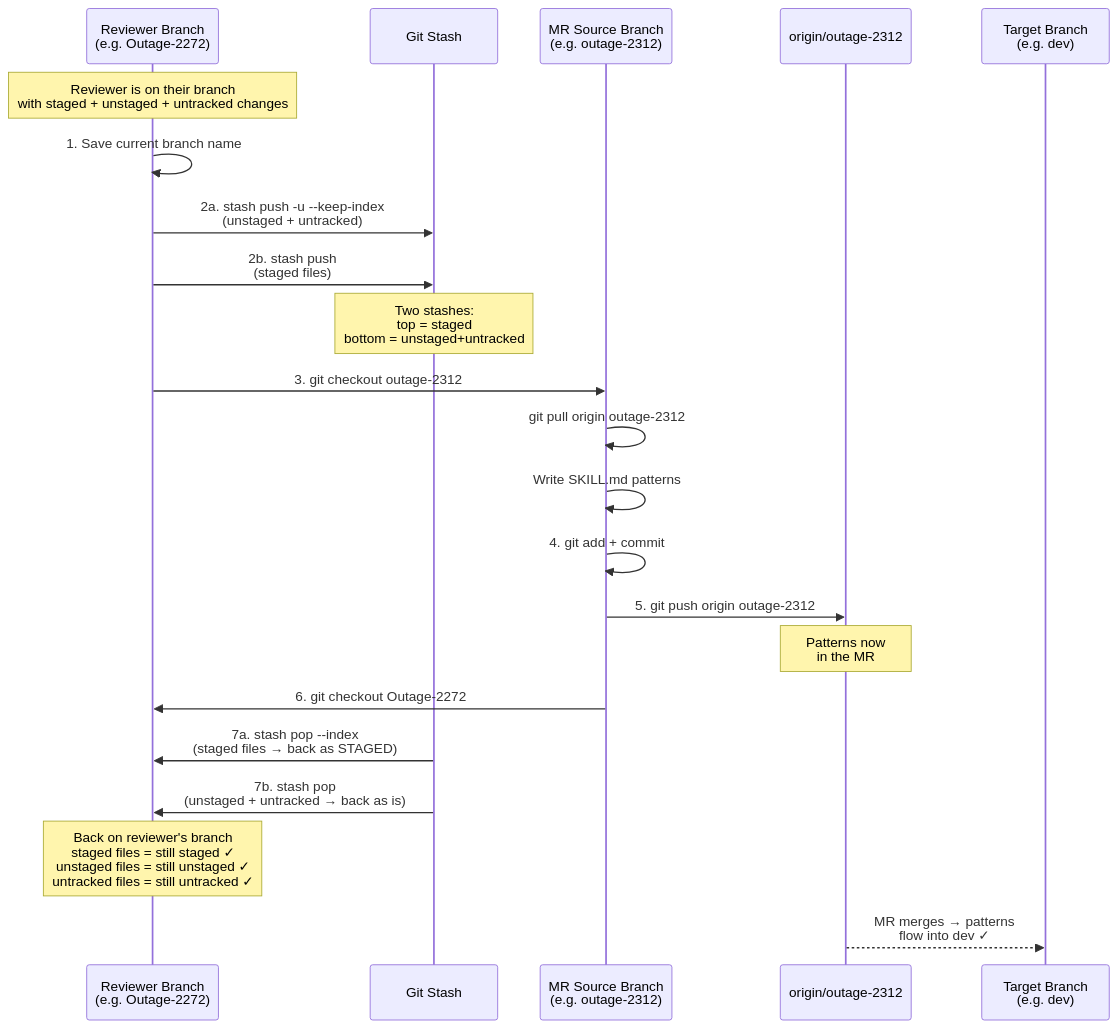
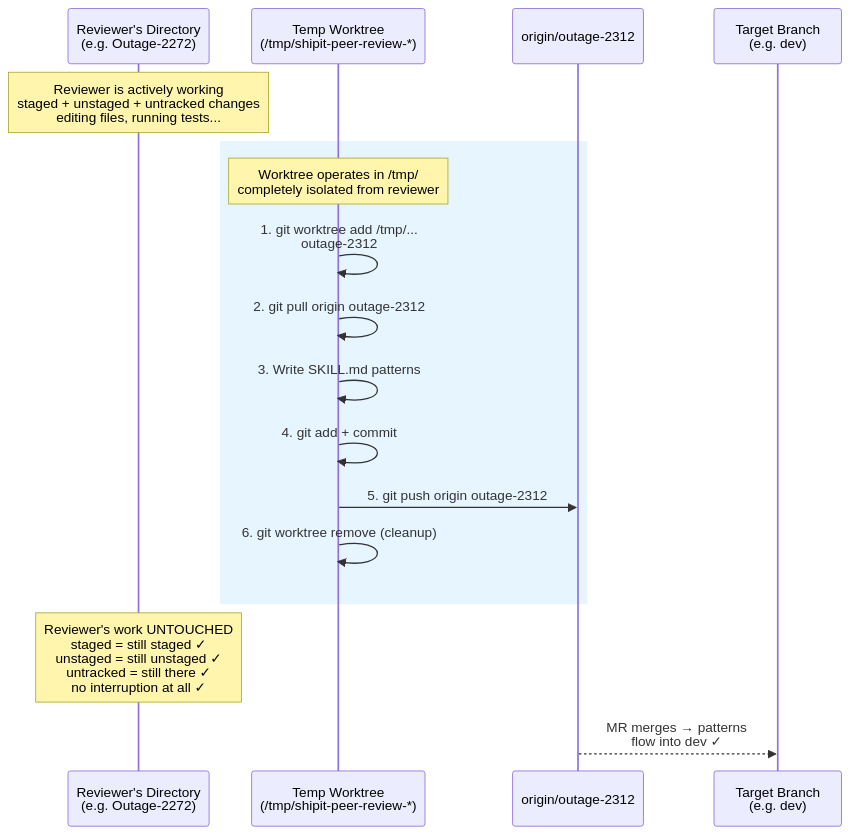
Before and after one commit to praful011/shipit: the fourth of 5 diagrams in docs/peer-review-flowchart.md, drawn with Mermaid. The commit also changed other lines of this file and 1 other file, not shown here.

Commit message:
fix: use git worktree instead of stash for pattern commits
Review runs in background while user keeps working. Stash/checkout
would disrupt active edits. Worktree creates isolated /tmp/ directory
on MR source branch — zero interference with reviewer's working tree.

````diff
--- a/docs/peer-review-flowchart.md
+++ b/docs/peer-review-flowchart.md
@@ -136,25 +136,23 @@
 ```mermaid
 sequenceDiagram
-    participant R as Reviewer Branch<br/>(e.g. Outage-2272)
-    participant ST as Git Stash
-    participant S as MR Source Branch<br/>(e.g. outage-2312)
+    participant R as Reviewer's Directory<br/>(e.g. Outage-2272)
+    participant W as Temp Worktree<br/>(/tmp/shipit-peer-review-*)
     participant O as origin/outage-2312
     participant T as Target Branch<br/>(e.g. dev)
 
-    Note over R: Reviewer is on their branch<br/>with staged + unstaged + untracked changes
-    R->>R: 1. Save current branch name
-    R->>ST: 2a. stash push -u --keep-index<br/>(unstaged + untracked)
-    R->>ST: 2b. stash push<br/>(staged files)
-    Note over ST: Two stashes:<br/>top = staged<br/>bottom = unstaged+untracked
-    R->>S: 3. git checkout outage-2312
-    S->>S: git pull origin outage-2312
-    S->>S: Write SKILL.md patterns
-    S->>S: 4. git add + commit
-    S->>O: 5. git push origin outage-2312
-    Note over O: Patterns now<br/>in the MR
-    S->>R: 6. git checkout Outage-2272
-    ST->>R: 7a. stash pop --index<br/>(staged files → back as STAGED)
-    ST->>R: 7b. stash pop<br/>(unstaged + untracked → back as is)
-    Note over R: Back on reviewer's branch<br/>staged files = still staged ✓<br/>unstaged files = still unstaged ✓<br/>untracked files = still untracked ✓
+    Note over R: Reviewer is actively working<br/>staged + unstaged + untracked changes<br/>editing files, running tests...
+    
+    rect rgb(230, 245, 255)
+        Note over W: Worktree operates in /tmp/<br/>completely isolated from reviewer
+        W->>W: 1. git worktree add /tmp/...<br/>outage-2312
+        W->>W: 2. git pull origin outage-2312
+        W->>W: 3. Write SKILL.md patterns
+        W->>W: 4. git add + commit
+        W->>O: 5. git push origin outage-2312
+        W->>W: 6. git worktree remove (cleanup)
+    end
+
+    Note over R: Reviewer's work UNTOUCHED<br/>staged = still staged ✓<br/>unstaged = still unstaged ✓<br/>untracked = still there ✓<br/>no interruption at all ✓
+    
     O-->>T: MR merges → patterns<br/>flow into dev ✓
 ```
````
